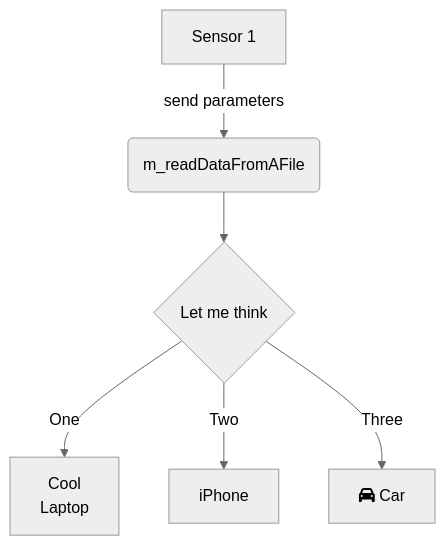
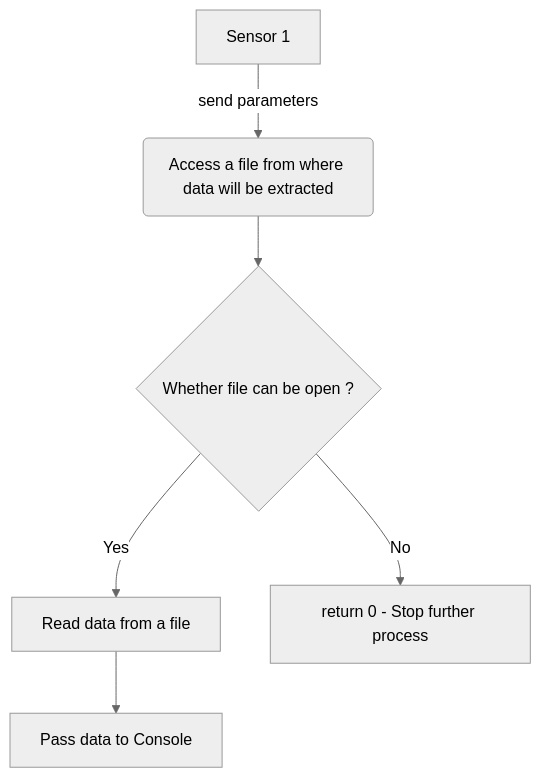
The diagram in BMS_DataSender_Design.mmd (clean-code-craft-tcq-2/stream-line-JitendravansheekumarShelar), drawn with Mermaid (neutral theme) before and after one commit.

```diff
--- a/BMS_DataSender_Design.mmd
+++ b/BMS_DataSender_Design.mmd
@@ -1,6 +1,6 @@
 graph TD
-    A[Sensor 1] -->|send parameters| B(m_readDataFromAFile)
-    B --> C{Let me think}
-    C -->|One| D["Cool <br> Laptop"]
-    C -->|Two| E[iPhone]
-    C -->|Three| F[fa:fa-car Car]
+    A[Sensor 1] -->|send parameters| B(Access a file from where data will be extracted)
+    B --> C{Whether file can be open ?}
+    C -->|Yes| D[Read data from a file]
+    C -->|No| E[return 0 - Stop further process]
+    D --> F[Pass data to Console]
```
